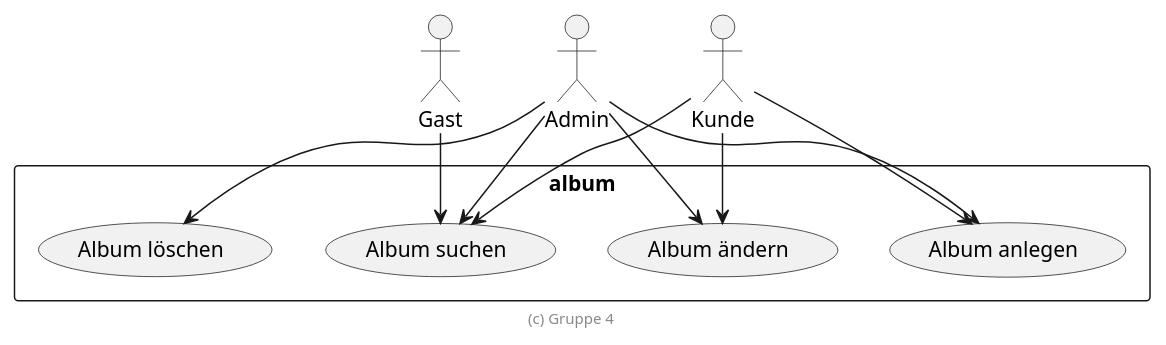
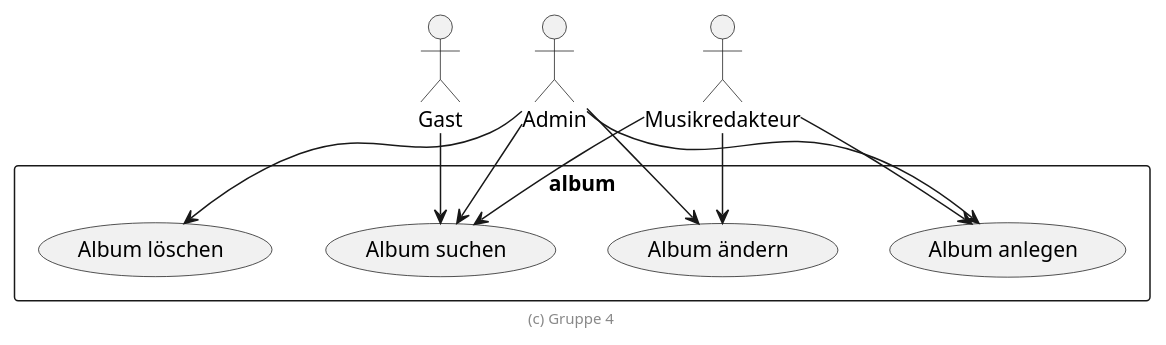
One commit to universalmensch/swe_album changed the diagram in .extras/doc/projekthandbuch/use-cases.plantuml. Above: the diagram before and after it, drawn with PlantUML. The commit also changed 5 other files, not shown here.

Commit message:
Rollen und Klassendiagramme aktualisiert

```diff
--- a/.extras/doc/projekthandbuch/use-cases.plantuml
+++ b/.extras/doc/projekthandbuch/use-cases.plantuml
@@ -3,20 +3,20 @@
 @startuml Use Cases
 
 actor Gast
 actor Admin
-actor Kunde
+actor Musikredakteur
 
 rectangle album {
     Gast --> (Album suchen)
     Admin --> (Album suchen)
     Admin --> (Album anlegen)
     Admin --> (Album ändern)
     Admin --> (Album löschen)
-    Kunde --> (Album suchen)
-    Kunde --> (Album anlegen)
-    Kunde --> (Album ändern)
+    Musikredakteur --> (Album suchen)
+    Musikredakteur --> (Album anlegen)
+    Musikredakteur --> (Album ändern)
 }
 
 footer (c) Gruppe 4 
 
 @enduml
```
